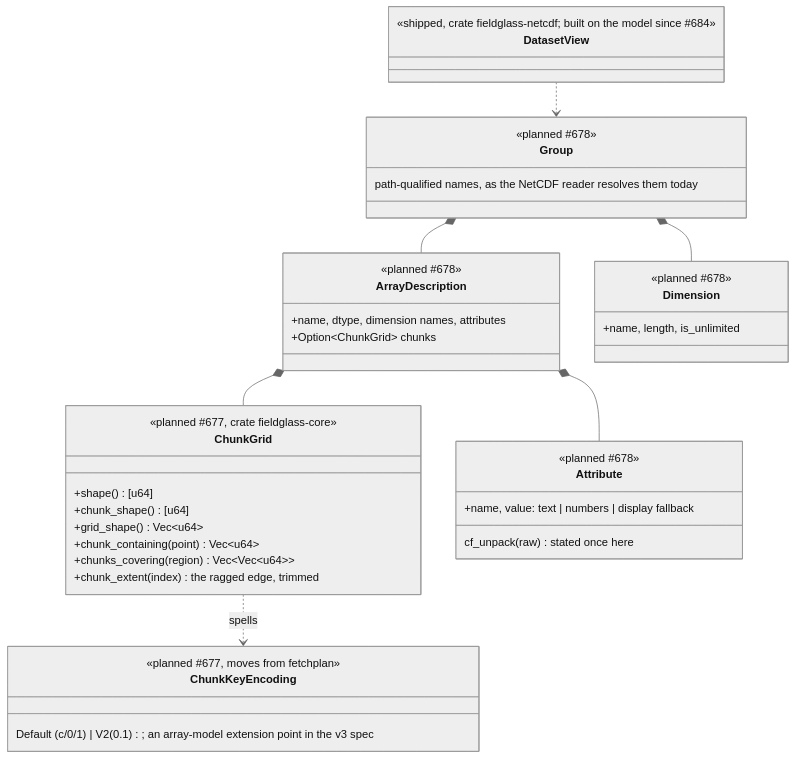
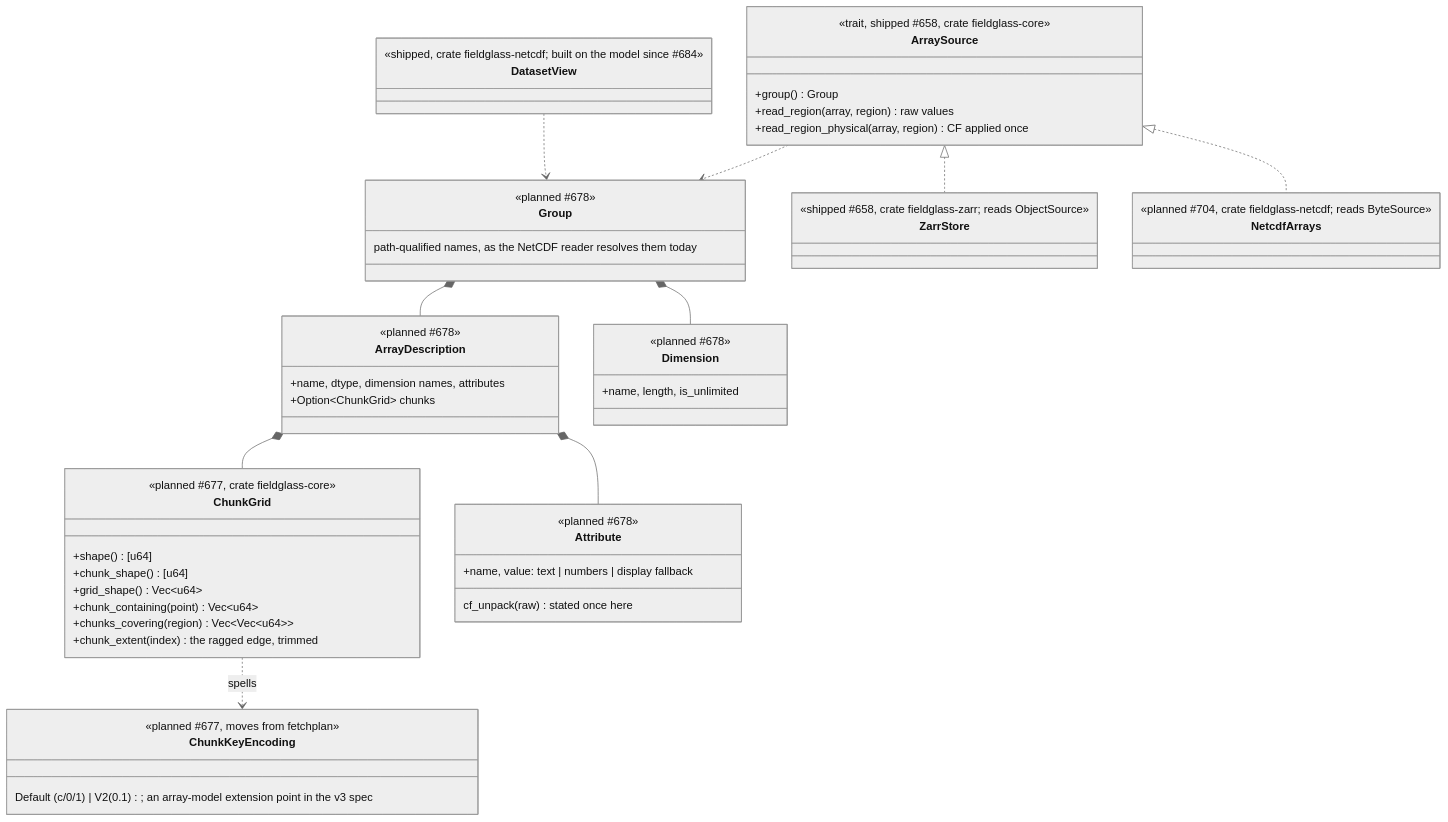
Before and after one commit to D0ubleD0uble/fieldglass: the second of 6 diagrams in docs/architecture/planned/02-trait-seams.md, drawn with Mermaid (neutral theme). The commit also changed other lines of this file and 119 other files, not shown here.

First line of the commit message:
feat(core, zarr): an array-IO seam (ArraySource), and a Zarr store behind it

````diff
--- a/docs/architecture/planned/02-trait-seams.md
+++ b/docs/architecture/planned/02-trait-seams.md
@@ -121,43 +129,58 @@
 ```mermaid
 classDiagram
     class ChunkGrid {
         <<planned #677, crate fieldglass-core>>
         +shape() [u64]
         +chunk_shape() [u64]
         +grid_shape() Vec~u64~
         +chunk_containing(point) Vec~u64~
         +chunks_covering(region) Vec~Vec~u64~~
         +chunk_extent(index) the ragged edge, trimmed
     }
     class ChunkKeyEncoding {
         <<planned #677, moves from fetchplan>>
         Default (c/0/1) | V2 (0.1); an array-model extension point in the v3 spec
     }
     class ArrayDescription {
         <<planned #678>>
         +name, dtype, dimension names, attributes
         +Option~ChunkGrid~ chunks
     }
     class Dimension {
         <<planned #678>>
         +name, length, is_unlimited
     }
     class Attribute {
         <<planned #678>>
         +name, value: text | numbers | display fallback
         cf_unpack(raw) stated once here
     }
     class Group {
         <<planned #678>>
         path-qualified names, as the NetCDF reader resolves them today
     }
     ChunkGrid ..> ChunkKeyEncoding : spells
     ArrayDescription *-- ChunkGrid
     ArrayDescription *-- Attribute
     Group *-- ArrayDescription
     Group *-- Dimension
     class DatasetView {
         <<shipped, crate fieldglass-netcdf; built on the model since #684>>
     }
     DatasetView ..> Group
+    class ArraySource {
+        <<trait, shipped #658, crate fieldglass-core>>
+        +group() Group
+        +read_region(array, region) raw values
+        +read_region_physical(array, region) CF applied once
+    }
+    class ZarrStore {
+        <<shipped #658, crate fieldglass-zarr; reads ObjectSource>>
+    }
+    class NetcdfArrays {
+        <<planned #704, crate fieldglass-netcdf; reads ByteSource>>
+    }
+    ArraySource ..> Group
+    ArraySource <|.. ZarrStore
+    ArraySource <|.. NetcdfArrays
 ```
````
